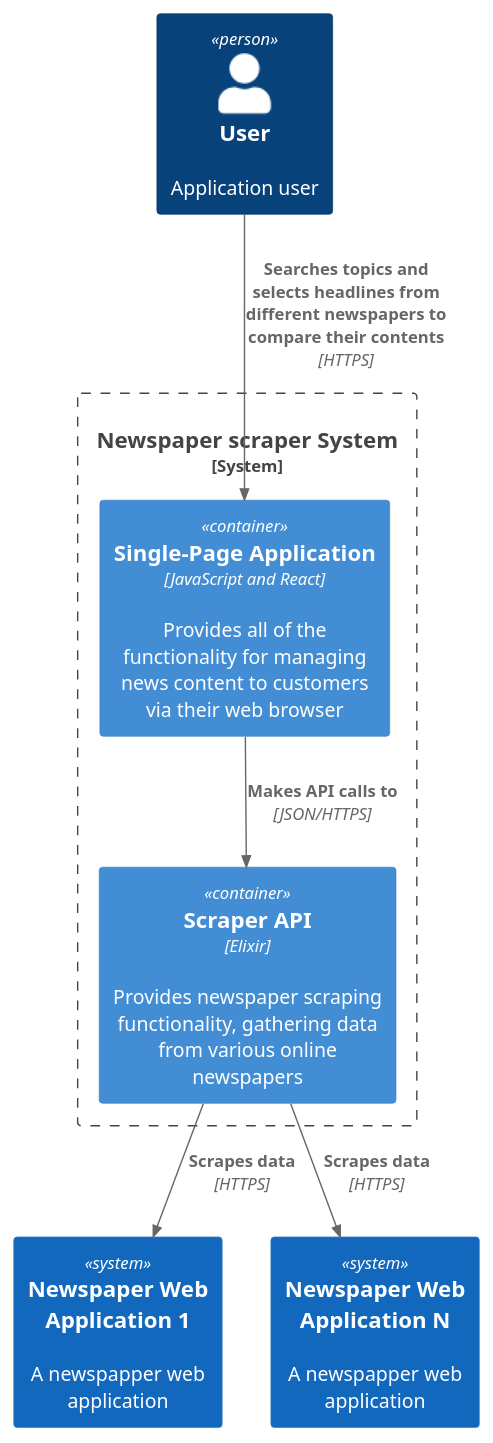
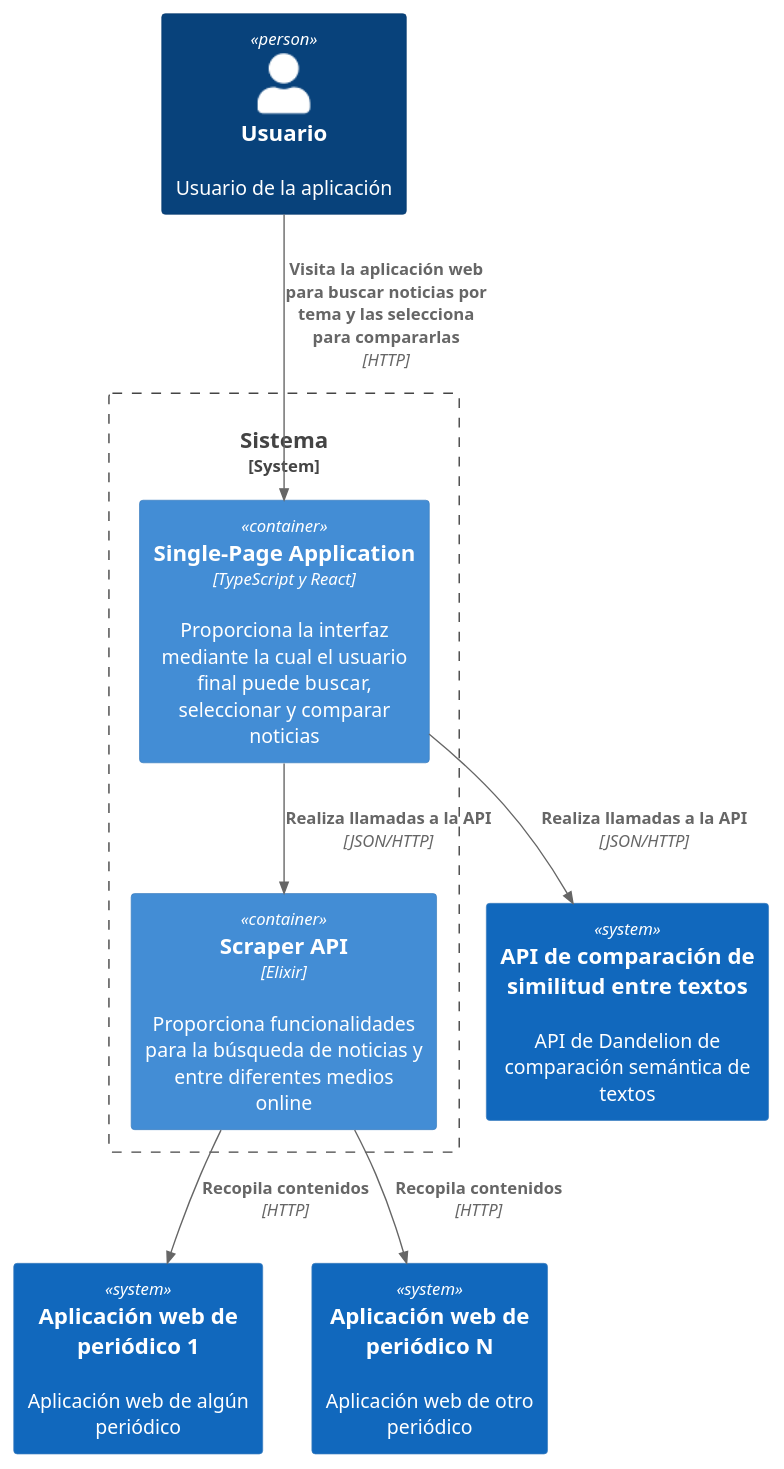
The diagram in docs/diagrams/src/container.puml (afsanchez1/contrast_app), drawn with PlantUML before and after one commit. The commit also changed 2 other files, not shown here.

Commit message:
Component diagram added

```diff
--- a/docs/diagrams/src/container.puml
+++ b/docs/diagrams/src/container.puml
@@ -1,17 +1,18 @@
 @startuml system_context
 !include <C4/C4_Container>
 
-Person(User, "User", "Application user")
-System_Boundary(SysBound, "Newspaper scraper System") {
-  Container(WebApp, "Single-Page Application", "JavaScript and React", "Provides all of the functionality for managing news content to customers via their web browser")
-  Container(Backend, "Scraper API", "Elixir","Provides newspaper scraping functionality, gathering data from various online newspapers")
+Person(User, "Usuario", "Usuario de la aplicación")
+System_Boundary(SysBound, "Sistema") {
+  Container(WebApp, "Single-Page Application", "TypeScript y React", "Proporciona la interfaz mediante la cual el usuario final puede buscar, seleccionar y comparar noticias")
+  Container(Backend, "Scraper API", "Elixir","Proporciona funcionalidades para la búsqueda de noticias y entre diferentes medios online")
 }
-System(NewsWebApp1, "Newspaper Web Application 1", "A newspapper web application")
-System(NewsWebApp2, "Newspaper Web Application N", "A newspapper web application")
+System(NewsWebApp1, "Aplicación web de periódico 1", "Aplicación web de algún periódico")
+System(NewsWebApp2, "Aplicación web de periódico N", "Aplicación web de otro periódico")
+System(DandelionAPI, "API de comparación de similitud entre textos", "API de Dandelion de comparación semántica de textos")
 
-Rel(User, WebApp, "Searches topics and selects headlines from different newspapers to compare their contents", "HTTPS")
-Rel(WebApp, Backend, "Makes API calls to", "JSON/HTTPS")
-Rel(Backend, NewsWebApp1, "Scrapes data", "HTTPS")
-Rel(Backend, NewsWebApp2, "Scrapes data", "HTTPS")
-
+Rel(User, WebApp, "Visita la aplicación web para buscar noticias por tema y las selecciona para compararlas", "HTTP")
+Rel(WebApp, Backend, "Realiza llamadas a la API", "JSON/HTTP")
+Rel(Backend, NewsWebApp1, "Recopila contenidos", "HTTP")
+Rel(Backend, NewsWebApp2, "Recopila contenidos", "HTTP")
+Rel(WebApp, DandelionAPI, "Realiza llamadas a la API", "JSON/HTTP")
 @enduml
```
